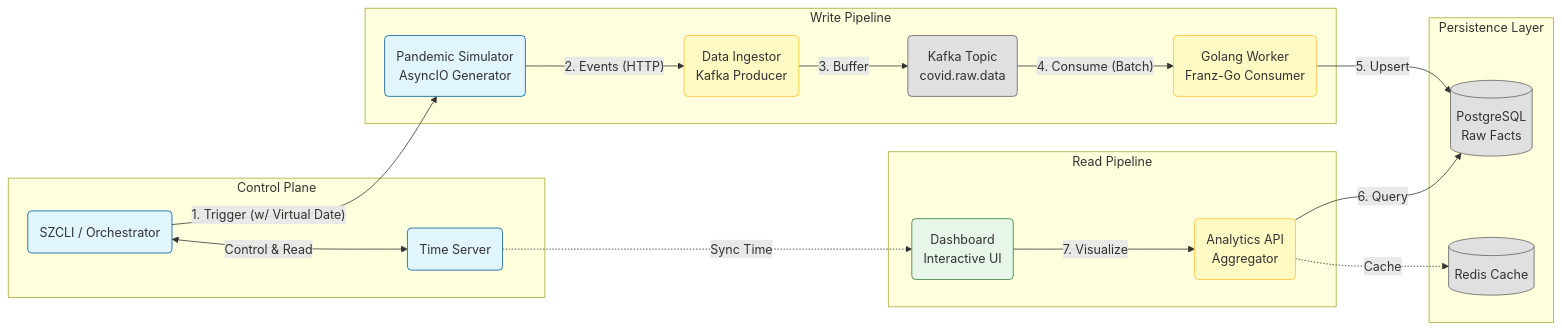
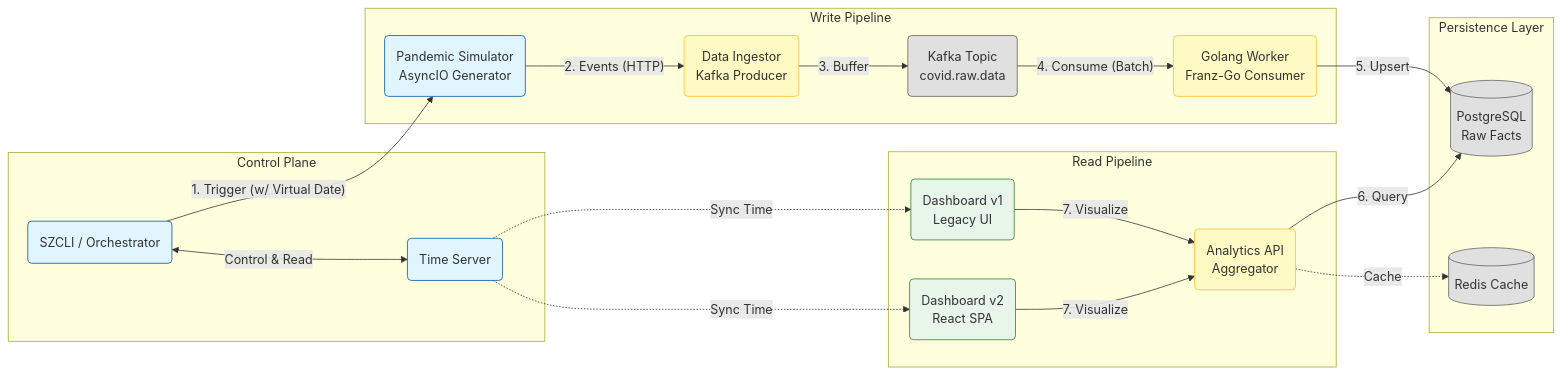
One commit to SafeChord/Docs changed the diagram in docs/safechord.safezone.md. Above: the diagram before and after it, drawn with Mermaid. The commit also changed other lines of this file and 4 other files, not shown here.

First line of the commit message:
docs(safezone): reconcile dashboard-v2 architecture and release v0.3.5

````diff
--- a/docs/safechord.safezone.md
+++ b/docs/safechord.safezone.md
@@ -41,47 +41,50 @@
 ```mermaid
 graph LR
     %% Styles
     classDef source fill:#e1f5fe,stroke:#01579b;
     classDef process fill:#fff9c4,stroke:#fbc02d;
     classDef storage fill:#e0e0e0,stroke:#616161;
     classDef view fill:#e8f5e9,stroke:#2e7d32;
 
     %% Control Plane
     subgraph Trigger [Control Plane]
         CLI(SZCLI / Orchestrator):::source
         Time(Time Server):::source
     end
 
     %% Write Path
     subgraph WritePath [Write Pipeline]
         Sim(Pandemic Simulator<br/>AsyncIO Generator):::source
         Ingest(Data Ingestor<br/>Kafka Producer):::process
         Kafka(Kafka Topic<br/>covid.raw.data):::storage
         Worker(Golang Worker<br/>Franz-Go Consumer):::process
     end
 
     %% Persistence
     subgraph DataStore [Persistence Layer]
         DB[(PostgreSQL<br/>Raw Facts)]:::storage
         Redis[(Redis Cache)]:::storage
     end
 
     %% Read Path
     subgraph ReadPath [Read Pipeline]
         API(Analytics API<br/>Aggregator):::process
-        Dash(Dashboard<br/>Interactive UI):::view
+        Dash(Dashboard v1<br/>Legacy UI):::view
+        DashV2(Dashboard v2<br/>React SPA):::view
     end
 
     %% Interactions
     CLI <-->|"Control & Read"| Time
     CLI -->|"1. Trigger (w/ Virtual Date)"| Sim
     Sim -->|"2. Events (HTTP)"| Ingest
     Ingest -->|"3. Buffer"| Kafka
     Kafka -->|"4. Consume (Batch)"| Worker
     Worker -->|"5. Upsert"| DB
     
     API -->|"6. Query"| DB
     API -.->|"Cache"| Redis
     Dash -->|"7. Visualize"| API
+    DashV2 -->|"7. Visualize"| API
     Time -.->|"Sync Time"| Dash
+    Time -.->|"Sync Time"| DashV2
 ```
````
